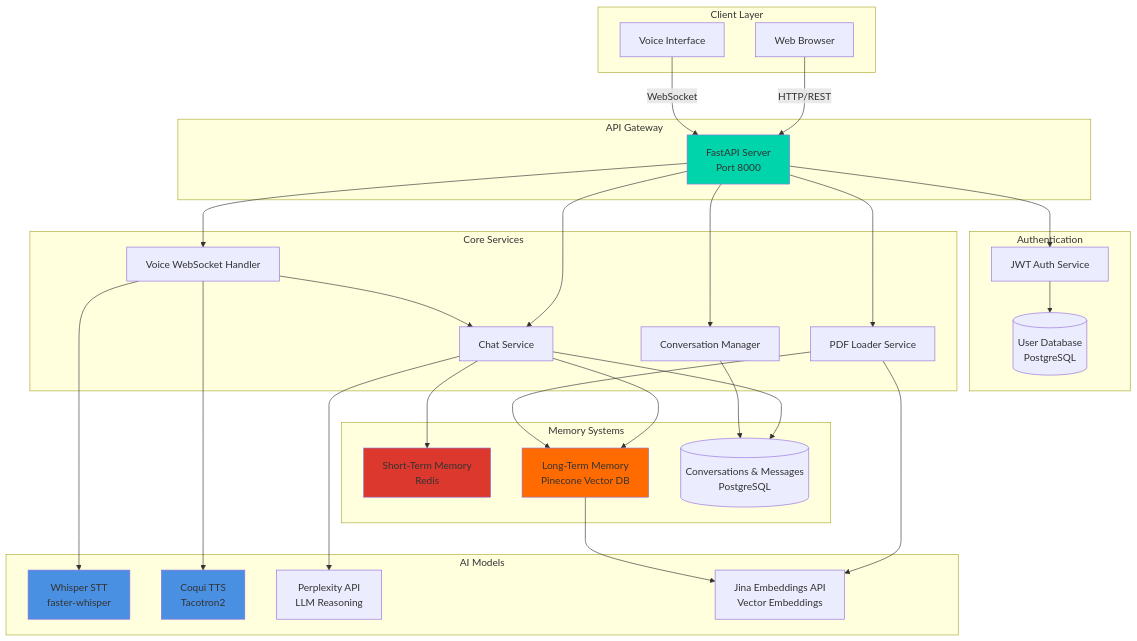
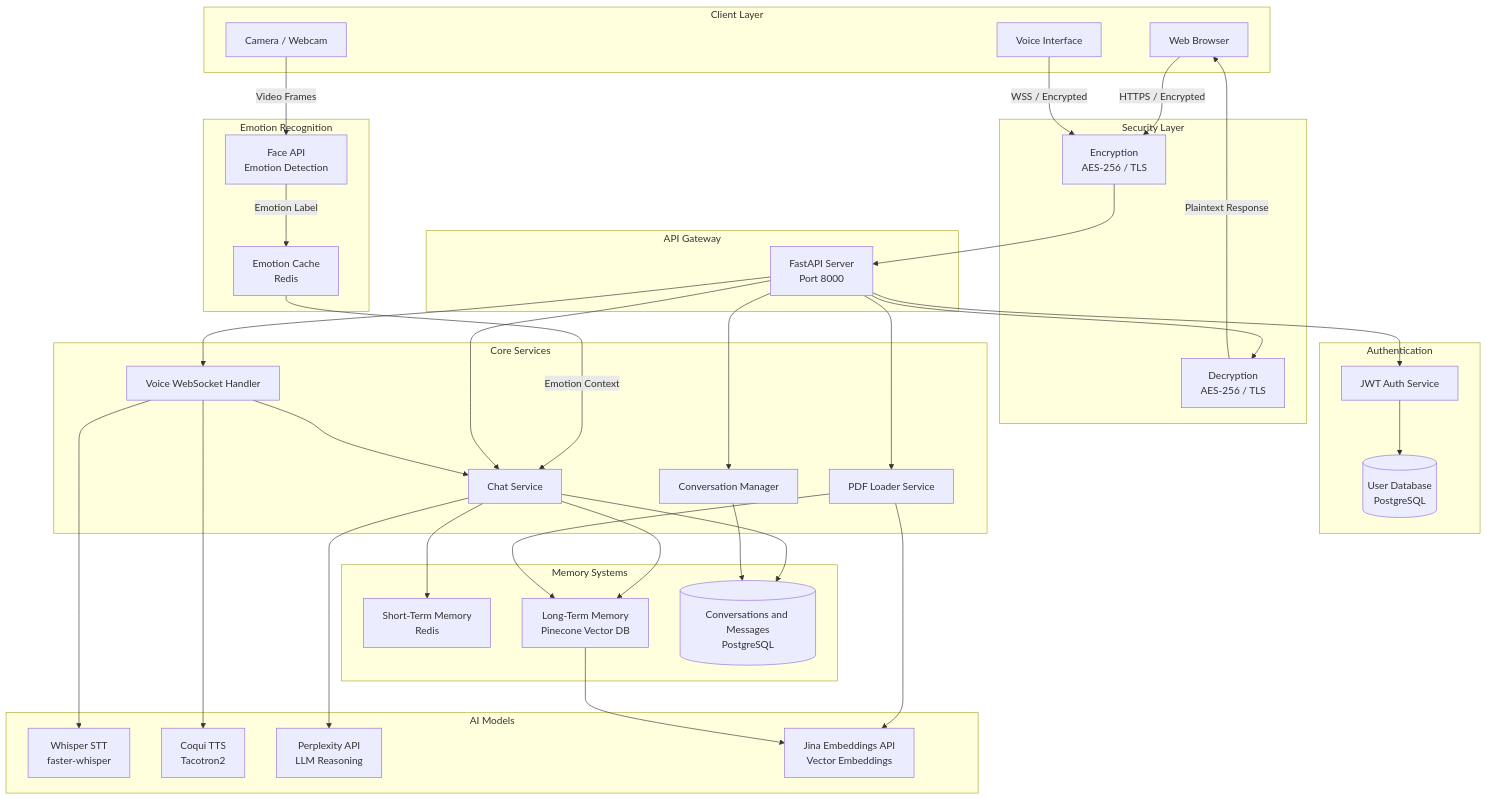
One commit to Shashwat-Akhilesh-Shukla/Cognitive-AI changed the first of 4 diagrams in README.md. Above: the diagram before and after it, drawn with Mermaid. The commit also changed other lines of this file and 4 other files, not shown here.

````diff
--- a/README.md
+++ b/README.md
@@ -46,68 +46,80 @@
 ```mermaid
 graph TB
     subgraph "Client Layer"
         WEB[Web Browser]
         VOICE[Voice Interface]
+        CAMERA[Camera / Webcam]
     end
-    
+
+    subgraph "Security Layer"
+        ENCRYPT[Encryption<br/>AES-256 / TLS]
+        DECRYPT[Decryption<br/>AES-256 / TLS]
+    end
+
     subgraph "API Gateway"
         FASTAPI[FastAPI Server<br/>Port 8000]
     end
-    
+
     subgraph "Authentication"
         JWT[JWT Auth Service]
         AUTH_DB[(User Database<br/>PostgreSQL)]
     end
-    
+
+    subgraph "Emotion Recognition"
+        FACE_API[Face API<br/>Emotion Detection]
+        EMOTION_CACHE[Emotion Cache<br/>Redis]
+    end
+
     subgraph "Core Services"
         CHAT[Chat Service]
         VOICE_WS[Voice WebSocket Handler]
         PDF[PDF Loader Service]
         CONV[Conversation Manager]
     end
-    
+
     subgraph "Memory Systems"
         STM[Short-Term Memory<br/>Redis]
         LTM[Long-Term Memory<br/>Pinecone Vector DB]
-        CONV_DB[(Conversations & Messages<br/>PostgreSQL)]
+        CONV_DB[(Conversations and Messages<br/>PostgreSQL)]
     end
-    
+
     subgraph "AI Models"
         WHISPER[Whisper STT<br/>faster-whisper]
         COQUI[Coqui TTS<br/>Tacotron2]
         PERPLEXITY[Perplexity API<br/>LLM Reasoning]
         JINA[Jina Embeddings API<br/>Vector Embeddings]
     end
-    
-    WEB -->|HTTP/REST| FASTAPI
-    VOICE -->|WebSocket| FASTAPI
-    
+
+    WEB -->|HTTPS / Encrypted| ENCRYPT
+    VOICE -->|WSS / Encrypted| ENCRYPT
+    CAMERA -->|Video Frames| FACE_API
+    ENCRYPT --> FASTAPI
+    FASTAPI --> DECRYPT
+    DECRYPT -->|Plaintext Response| WEB
+
     FASTAPI --> JWT
     JWT --> AUTH_DB
-    
+
+    FACE_API -->|Emotion Label| EMOTION_CACHE
+    EMOTION_CACHE -->|Emotion Context| CHAT
+
     FASTAPI --> CHAT
     FASTAPI --> VOICE_WS
     FASTAPI --> PDF
     FASTAPI --> CONV
-    
+
     CHAT --> STM
     CHAT --> LTM
     CHAT --> CONV_DB
     CHAT --> PERPLEXITY
-    
+
     VOICE_WS --> WHISPER
     VOICE_WS --> COQUI
     VOICE_WS --> CHAT
-    
+
     PDF --> LTM
     PDF --> JINA
-    
+
     LTM --> JINA
     CONV --> CONV_DB
-    
-    style FASTAPI fill:#00d4aa
-    style STM fill:#dc382d
-    style LTM fill:#ff6b00
-    style WHISPER fill:#4a90e2
-    style COQUI fill:#4a90e2
 ```
````
